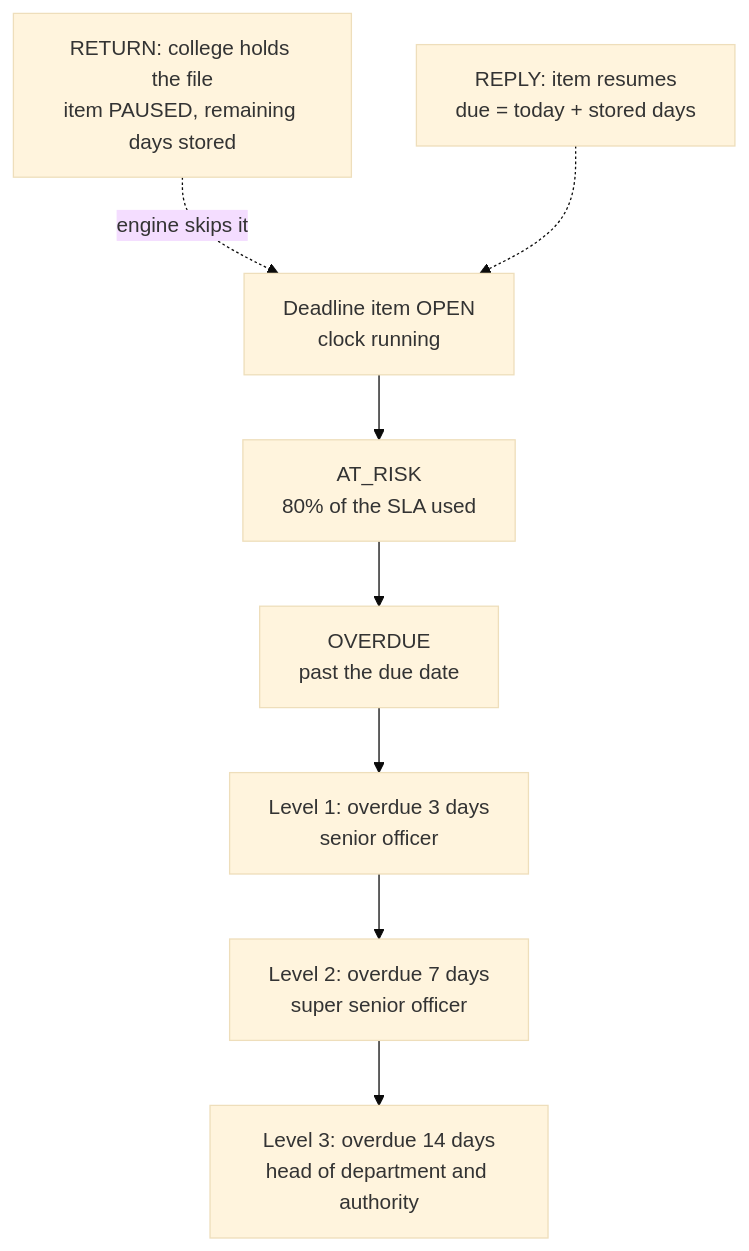
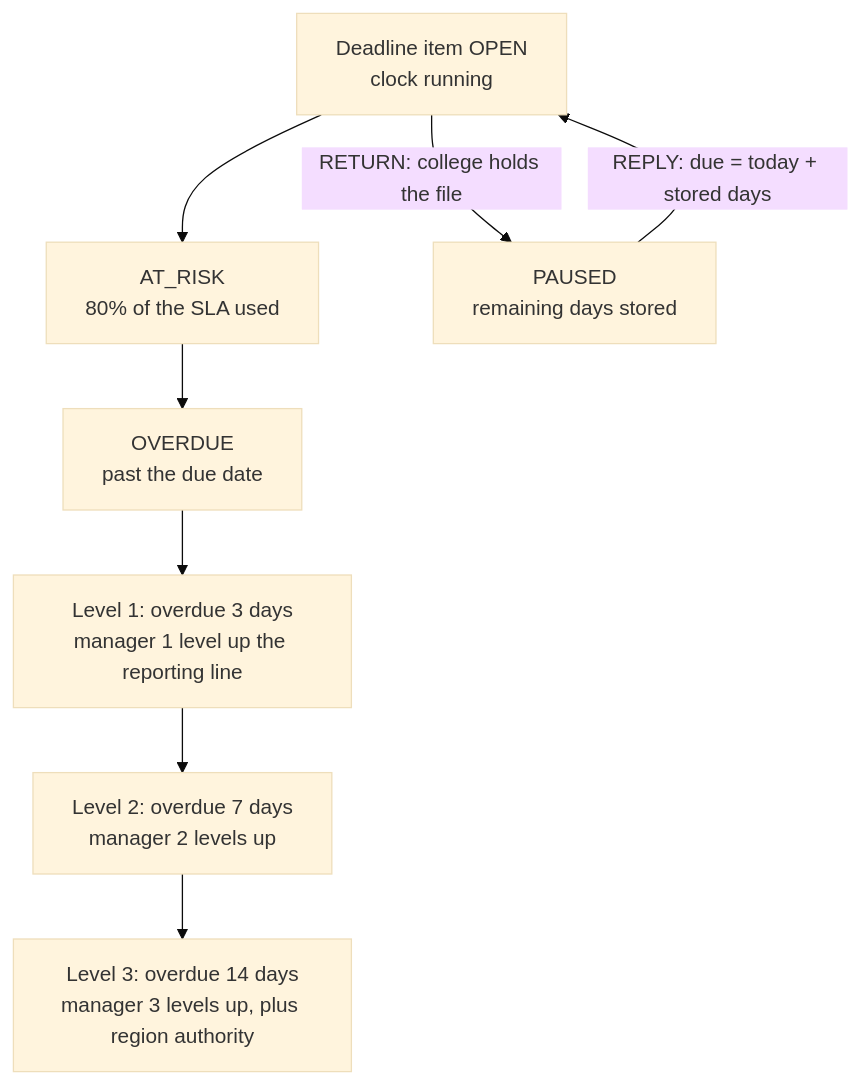
Before and after one commit to sanjayvasudevan-c/SIH_project-repo: the third of 4 diagrams in docs/evidence/WORKFLOW.md, drawn with Mermaid (base theme). The commit also changed other lines of this file, not shown here.

First line of the commit message:
Docs: tighten workflow diagram claims and caveats

````diff
--- a/docs/evidence/WORKFLOW.md
+++ b/docs/evidence/WORKFLOW.md
@@ -52,10 +60,10 @@
 ```mermaid
 flowchart TD
   O["Deadline item OPEN<br/>clock running"] --> AR["AT_RISK<br/>80% of the SLA used"]
   AR --> OD["OVERDUE<br/>past the due date"]
-  OD --> L1["Level 1: overdue 3 days<br/>senior officer"]
-  L1 --> L2["Level 2: overdue 7 days<br/>super senior officer"]
-  L2 --> L3["Level 3: overdue 14 days<br/>head of department and authority"]
-  RT["RETURN: college holds the file<br/>item PAUSED, remaining days stored"] -.->|"engine skips it"| O
-  RP["REPLY: item resumes<br/>due = today + stored days"] -.-> O
+  OD --> L1["Level 1: overdue 3 days<br/>manager 1 level up the reporting line"]
+  L1 --> L2["Level 2: overdue 7 days<br/>manager 2 levels up"]
+  L2 --> L3["Level 3: overdue 14 days<br/>manager 3 levels up, plus region authority"]
+  O -->|"RETURN: college holds the file"| P["PAUSED<br/>remaining days stored"]
+  P -->|"REPLY: due = today + stored days"| O
 ```
````
